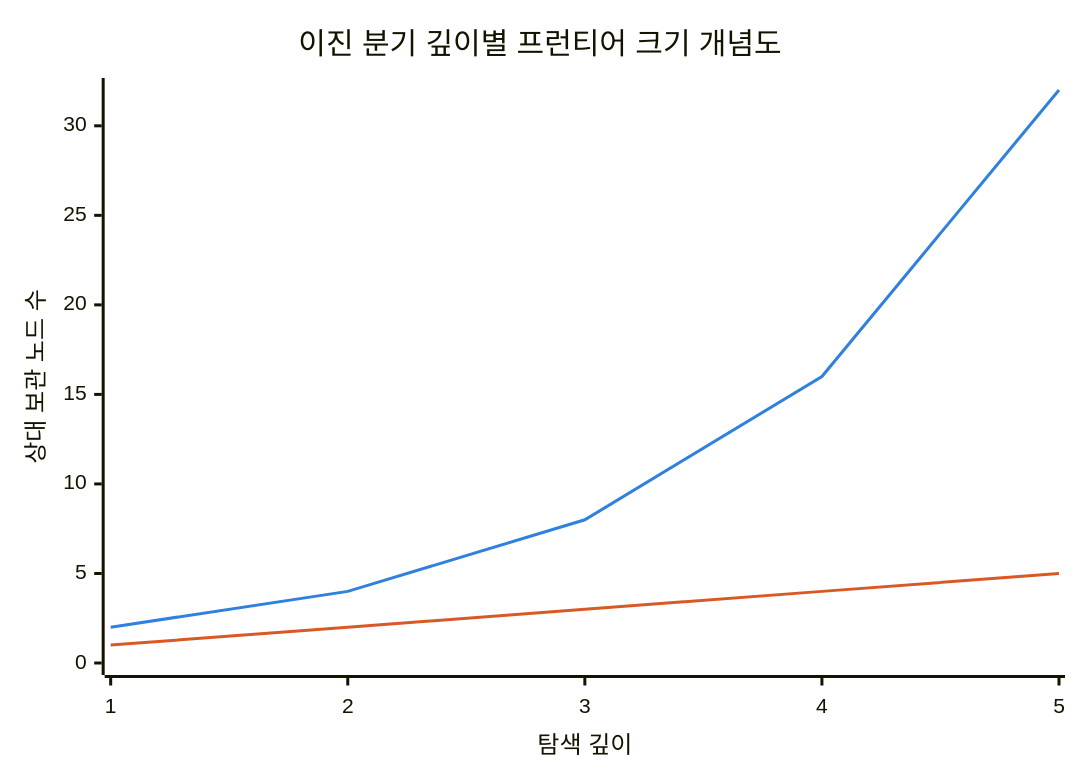
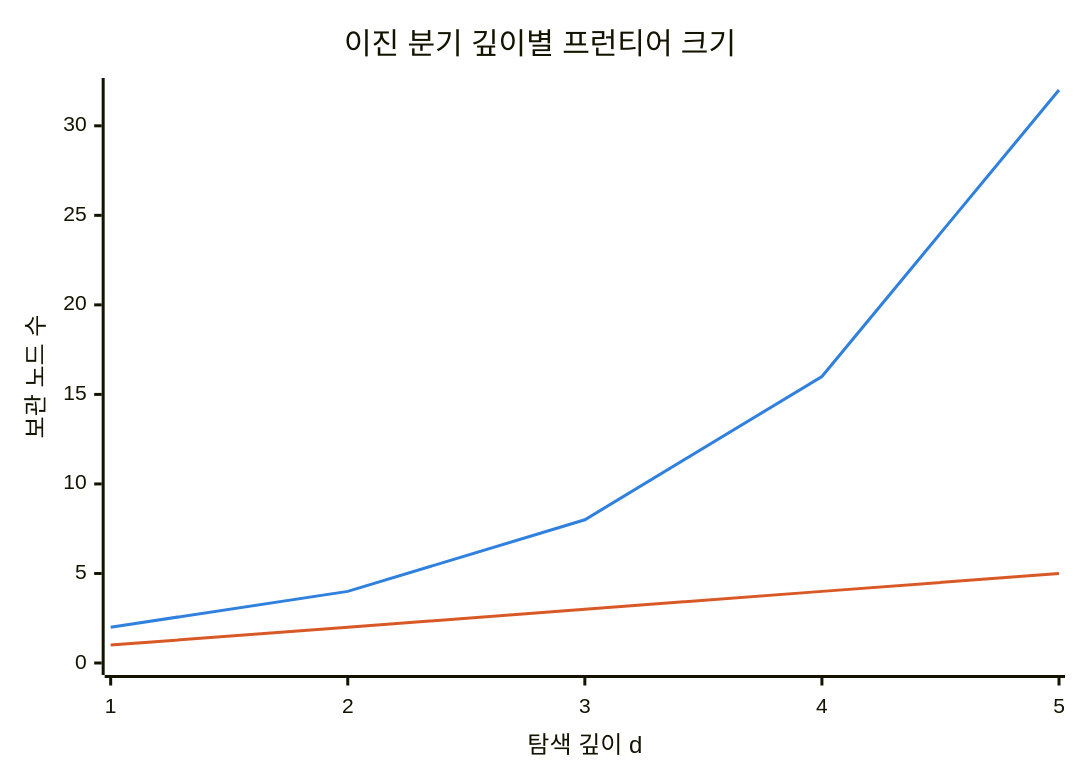
The first of 3 diagrams in src/content/docs/notes/01-basic-theory/010_graph_traversal.md (agnusdei1207/knowledge-base), drawn with Mermaid before and after one commit. The commit also changed other lines of this file and 13 other files, not shown here.

````diff
--- a/src/content/docs/notes/01-basic-theory/010_graph_traversal.md
+++ b/src/content/docs/notes/01-basic-theory/010_graph_traversal.md
@@ -55,9 +55,9 @@
 ```mermaid
 %%{init: {"themeVariables": {"xyChart": {"plotColorPalette": "#3080dd, #d95926"}}} }%%
 xychart-beta
-    title "이진 분기 깊이별 프런티어 크기 개념도"
-    x-axis "탐색 깊이" [1, 2, 3, 4, 5]
-    y-axis "상대 보관 노드 수" 0 --> 32
+    title "이진 분기 깊이별 프런티어 크기"
+    x-axis "탐색 깊이 d" [1, 2, 3, 4, 5]
+    y-axis "보관 노드 수" 0 --> 32
     line [2, 4, 8, 16, 32]
     line [1, 2, 3, 4, 5]
 ```
````
